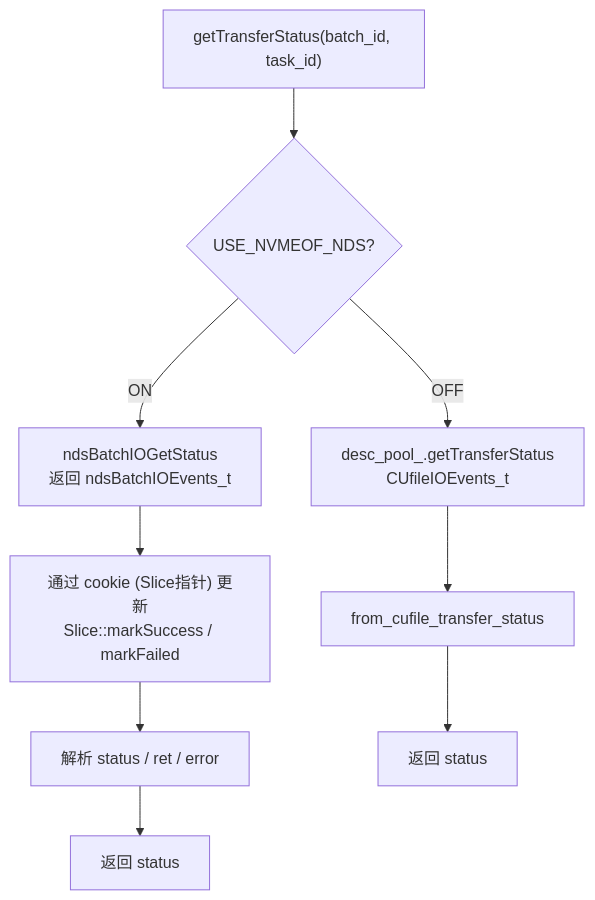
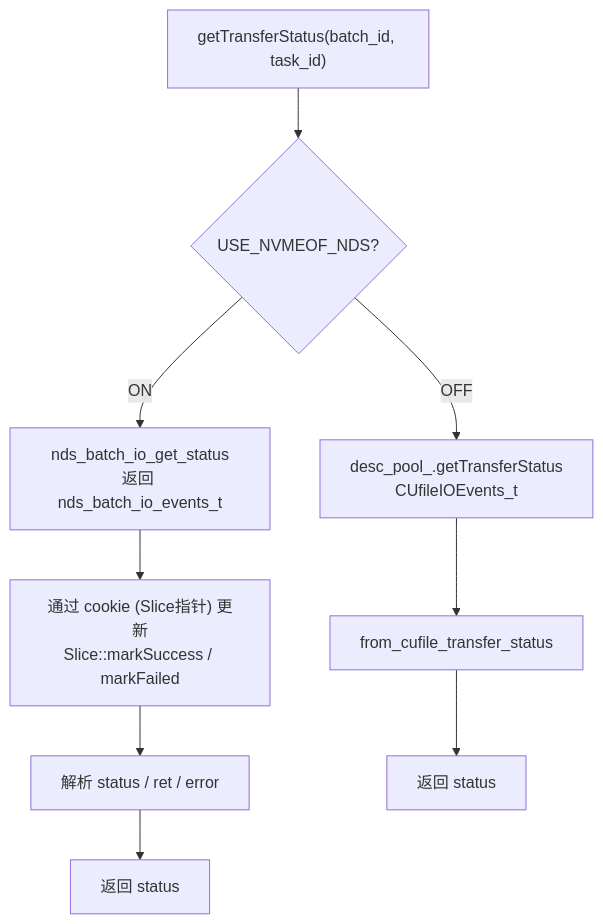
Before and after one commit to yz53665/Mooncake: the seventh of 17 diagrams in docs/rfc-nds-nvmeof-transport-cn.md, drawn with Mermaid. The commit also changed other lines of this file, not shown here.

````diff
--- a/docs/rfc-nds-nvmeof-transport-cn.md
+++ b/docs/rfc-nds-nvmeof-transport-cn.md
@@ -317,11 +320,11 @@
 ```mermaid
 flowchart TD
     Q["getTransferStatus(batch_id, task_id)"] --> CT{"USE_NVMEOF_NDS?"}
-    CT -->|ON| NDSGET["ndsBatchIOGetStatus<br/>返回 ndsBatchIOEvents_t"]
+    CT -->|ON| NDSGET["nds_batch_io_get_status<br/>返回 nds_batch_io_events_t"]
     NDSGET --> UPDATE["通过 cookie (Slice指针) 更新<br/>Slice::markSuccess / markFailed"]
     UPDATE --> MAP["解析 status / ret / error"]
     MAP --> OUT["返回 status"]
     CT -->|OFF| EV["desc_pool_.getTransferStatus<br/>CUfileIOEvents_t"]
     EV --> MAP2["from_cufile_transfer_status"]
     MAP2 --> OUT2["返回 status"]
 ```
````
